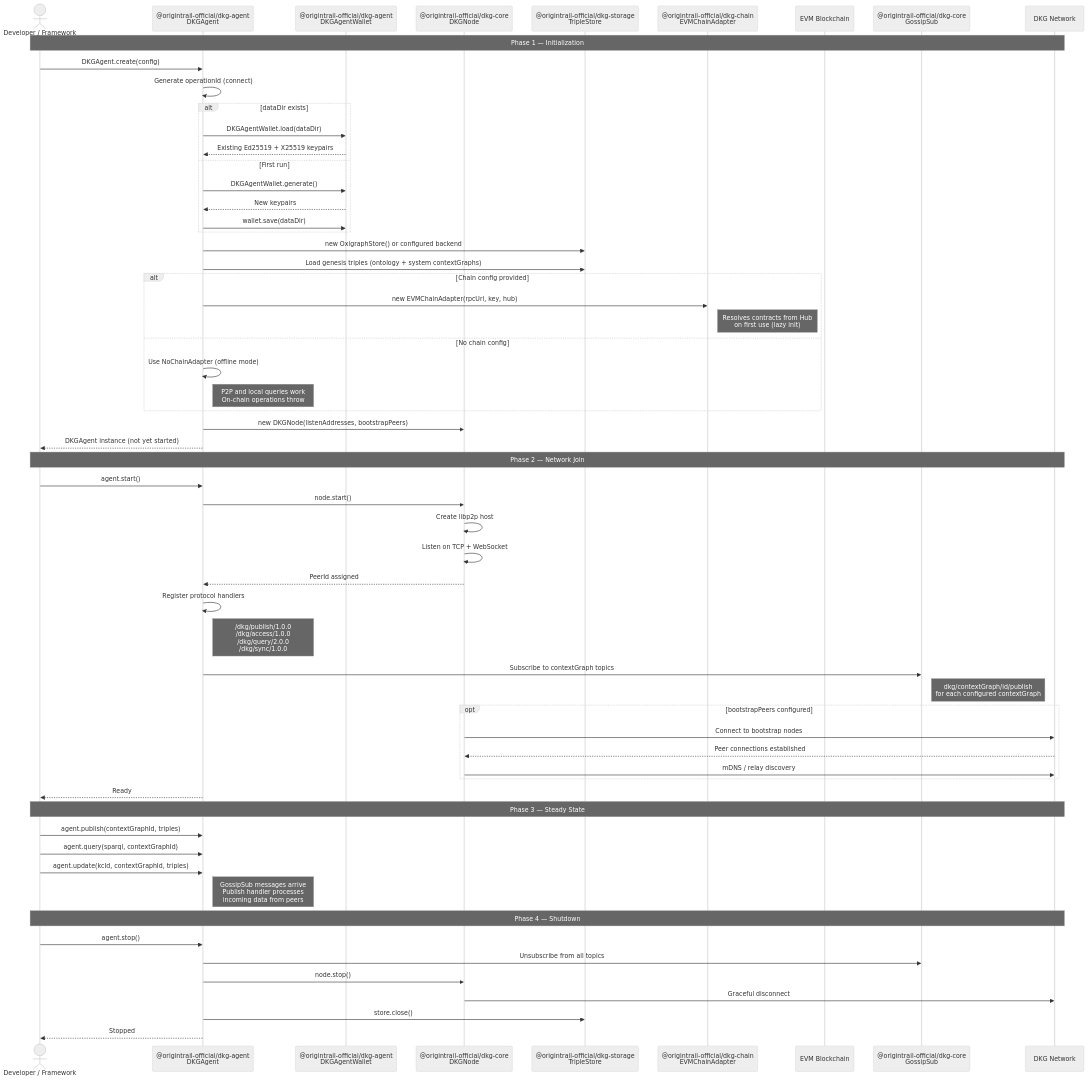
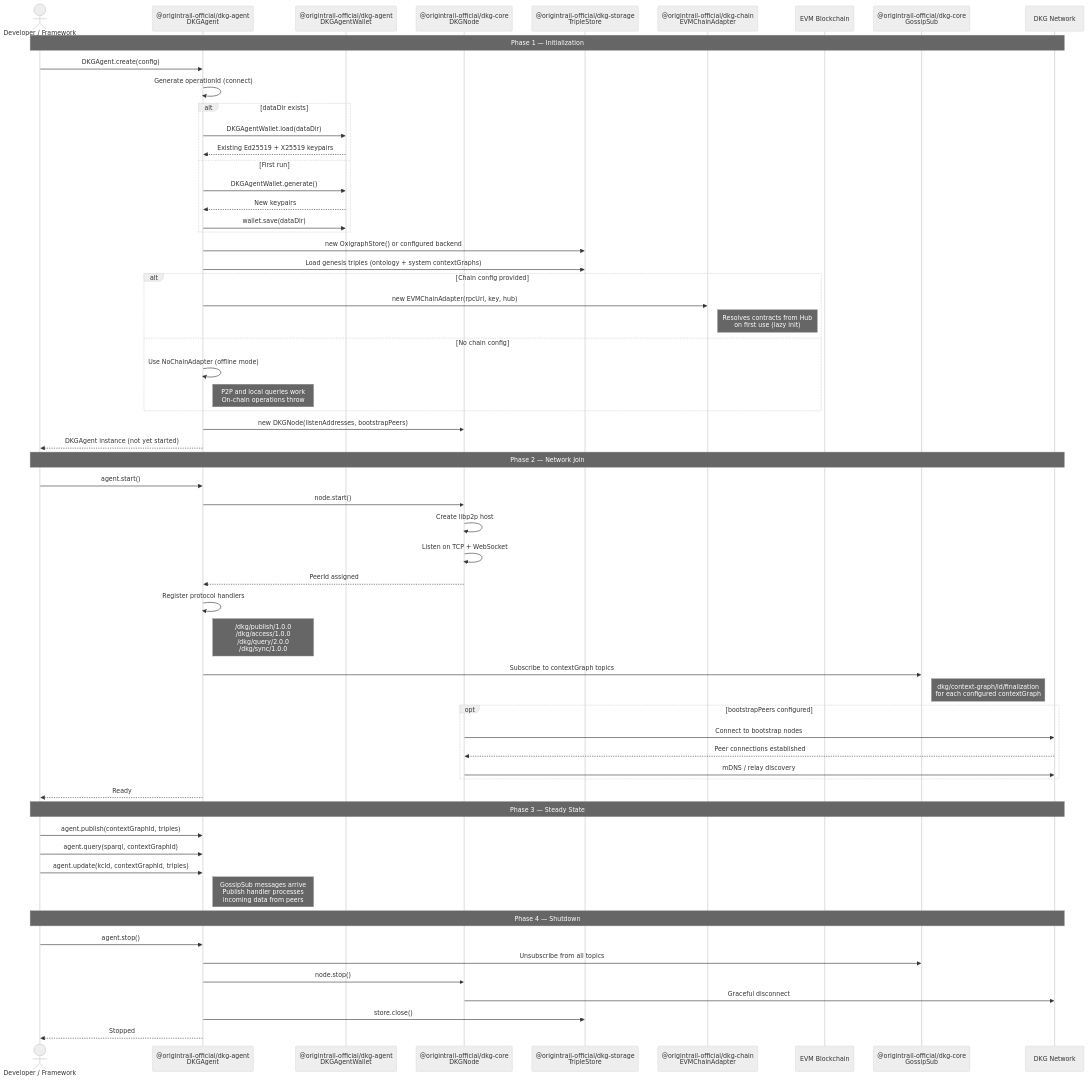
One commit to KilianTrunk/dkg changed the diagram in docs/diagrams/agent-lifecycle.md. Above: the diagram before and after it, drawn with Mermaid (neutral theme). The commit also changed 44 other files, not shown here.

Commit message:
fix: align context graph protocol cleanup

````diff
--- a/docs/diagrams/agent-lifecycle.md
+++ b/docs/diagrams/agent-lifecycle.md
@@ -8,79 +8,79 @@
 ```mermaid
 sequenceDiagram
     actor Dev as Developer / Framework
     participant Agent as @origintrail-official/dkg-agent<br/>DKGAgent
     participant Wallet as @origintrail-official/dkg-agent<br/>DKGAgentWallet
     participant Node as @origintrail-official/dkg-core<br/>DKGNode
     participant Store as @origintrail-official/dkg-storage<br/>TripleStore
     participant Chain as @origintrail-official/dkg-chain<br/>EVMChainAdapter
     participant EVM as EVM Blockchain
     participant Gossip as @origintrail-official/dkg-core<br/>GossipSub
     participant Peers as DKG Network
 
     Note over Dev,Peers: Phase 1 — Initialization
 
     Dev ->> Agent: DKGAgent.create(config)
     Agent ->> Agent: Generate operationId (connect)
 
     alt dataDir exists
         Agent ->> Wallet: DKGAgentWallet.load(dataDir)
         Wallet -->> Agent: Existing Ed25519 + X25519 keypairs
     else First run
         Agent ->> Wallet: DKGAgentWallet.generate()
         Wallet -->> Agent: New keypairs
         Agent ->> Wallet: wallet.save(dataDir)
     end
 
     Agent ->> Store: new OxigraphStore() or configured backend
     Agent ->> Store: Load genesis triples (ontology + system contextGraphs)
 
     alt Chain config provided
         Agent ->> Chain: new EVMChainAdapter(rpcUrl, key, hub)
         Note right of Chain: Resolves contracts from Hub<br/>on first use (lazy init)
     else No chain config
         Agent ->> Agent: Use NoChainAdapter (offline mode)
         Note right of Agent: P2P and local queries work<br/>On-chain operations throw
     end
 
     Agent ->> Node: new DKGNode(listenAddresses, bootstrapPeers)
     Agent -->> Dev: DKGAgent instance (not yet started)
 
     Note over Dev,Peers: Phase 2 — Network Join
 
     Dev ->> Agent: agent.start()
     Agent ->> Node: node.start()
     Node ->> Node: Create libp2p host
     Node ->> Node: Listen on TCP + WebSocket
     Node -->> Agent: PeerId assigned
 
     Agent ->> Agent: Register protocol handlers
     Note right of Agent: /dkg/publish/1.0.0<br/>/dkg/access/1.0.0<br/>/dkg/query/2.0.0<br/>/dkg/sync/1.0.0
 
     Agent ->> Gossip: Subscribe to contextGraph topics
-    Note right of Gossip: dkg/contextGraph/id/publish<br/>for each configured contextGraph
+    Note right of Gossip: dkg/context-graph/id/finalization<br/>for each configured contextGraph
 
     opt bootstrapPeers configured
         Node ->> Peers: Connect to bootstrap nodes
         Peers -->> Node: Peer connections established
         Node ->> Peers: mDNS / relay discovery
     end
 
     Agent -->> Dev: Ready
 
     Note over Dev,Peers: Phase 3 — Steady State
 
     Dev ->> Agent: agent.publish(contextGraphId, triples)
     Dev ->> Agent: agent.query(sparql, contextGraphId)
     Dev ->> Agent: agent.update(kcId, contextGraphId, triples)
 
     Note right of Agent: GossipSub messages arrive<br/>Publish handler processes<br/>incoming data from peers
 
     Note over Dev,Peers: Phase 4 — Shutdown
 
     Dev ->> Agent: agent.stop()
     Agent ->> Gossip: Unsubscribe from all topics
     Agent ->> Node: node.stop()
     Node ->> Peers: Graceful disconnect
     Agent ->> Store: store.close()
     Agent -->> Dev: Stopped
 ```
````
